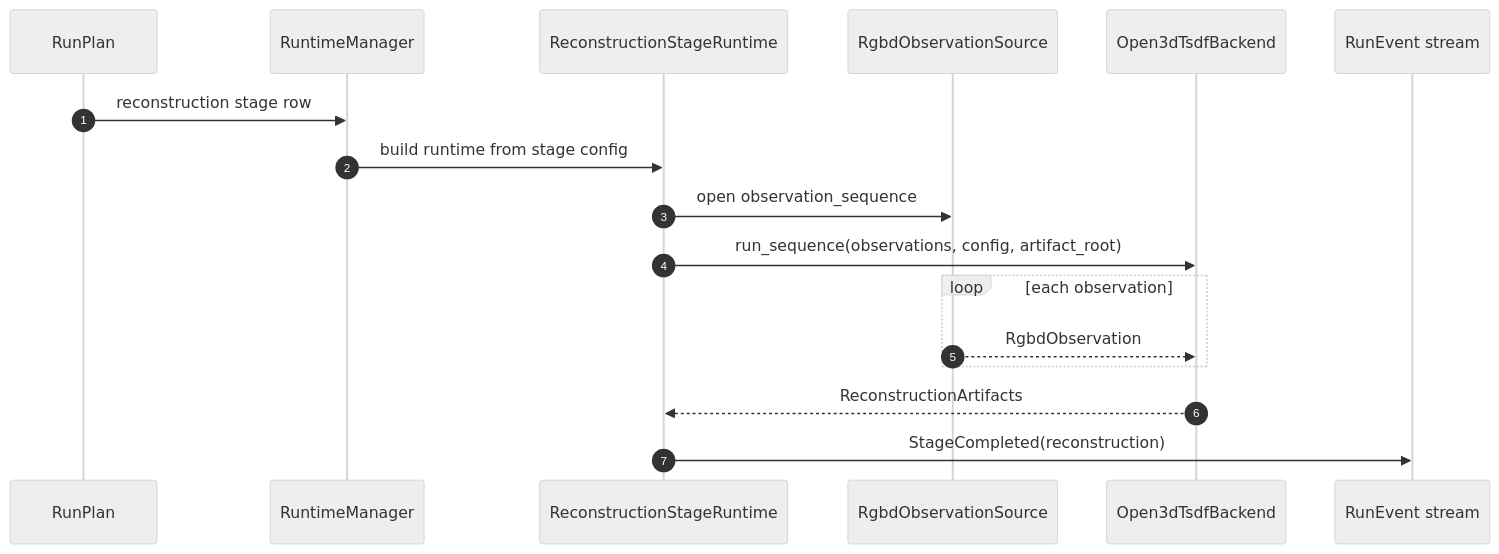
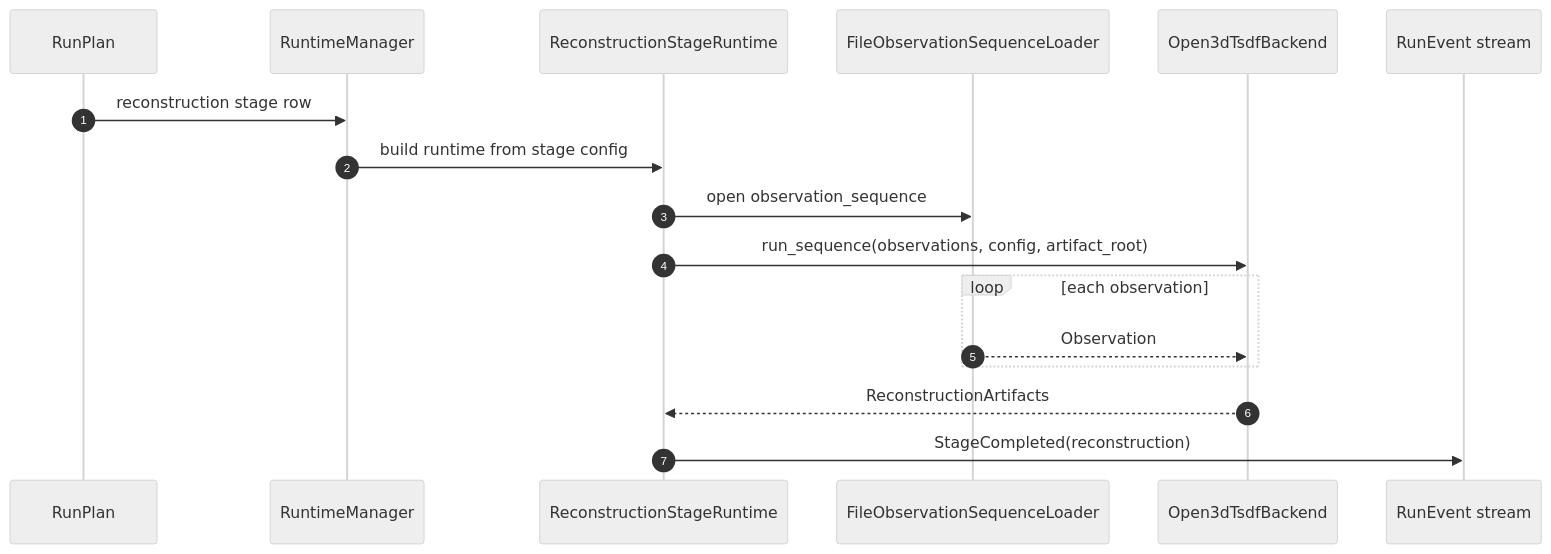
The fifth of 5 diagrams in docs/architecture/reconstruction-stage-target.md (JanDuchscherer104/prml-vslam), drawn with Mermaid (neutral theme) before and after one commit. The commit also changed other lines of this file and 178 other files, not shown here.

````diff
--- a/docs/architecture/reconstruction-stage-target.md
+++ b/docs/architecture/reconstruction-stage-target.md
@@ -361,20 +360,20 @@
 ```mermaid
 sequenceDiagram
     autonumber
     participant Plan as RunPlan
     participant RuntimeMgr as RuntimeManager
     participant Runtime as ReconstructionStageRuntime
-    participant Source as RgbdObservationSource
+    participant Source as FileObservationSequenceLoader
     participant Backend as Open3dTsdfBackend
     participant Events as RunEvent stream
 
     Plan->>RuntimeMgr: reconstruction stage row
     RuntimeMgr->>Runtime: build runtime from stage config
     Runtime->>Source: open observation_sequence
     Runtime->>Backend: run_sequence(observations, config, artifact_root)
     loop each observation
-        Source-->>Backend: RgbdObservation
+        Source-->>Backend: Observation
     end
     Backend-->>Runtime: ReconstructionArtifacts
     Runtime->>Events: StageCompleted(reconstruction)
 ```
````
